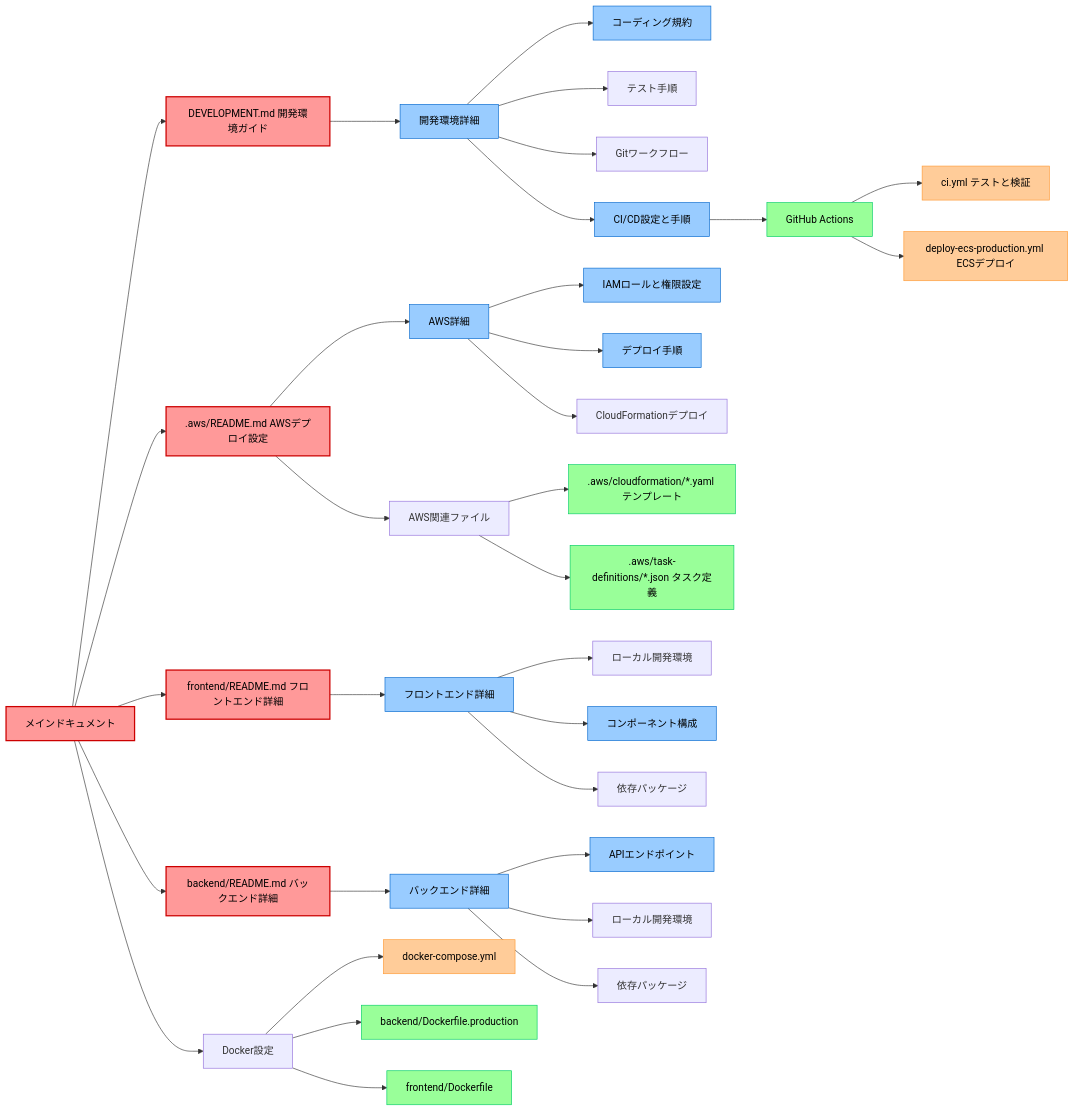
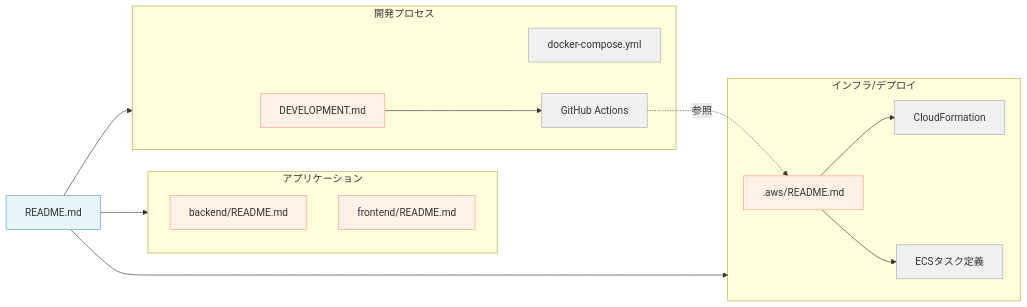
The diagram in README.md (taka-123/laravel_nuxt_postgre_template), drawn with Mermaid before and after one commit. The commit also changed other lines of this file and 3 other files, not shown here.

````diff
--- a/README.md
+++ b/README.md
@@ -16,62 +55,37 @@
 ```mermaid
 graph LR
-    %% 高コントラストの配色設定
-    classDef mainDoc fill:#FF9999,stroke:#CC0000,color:#000,stroke-width:2px;
-    classDef subDoc fill:#99CCFF,stroke:#0066CC,color:#000,stroke-width:1px;
-    classDef codeFile fill:#99FF99,stroke:#00CC66,color:#000,stroke-width:1px;
-    classDef configFile fill:#FFCC99,stroke:#FF9933,color:#000,stroke-width:1px;
-
-    %% メインドキュメント
-    MainDocs[メインドキュメント]
-    MainDocs --> Dev[DEVELOPMENT.md 開発環境ガイド]
-    MainDocs --> AWS[.aws/README.md AWSデプロイ設定]
-    MainDocs --> Frontend[frontend/README.md フロントエンド詳細]
-    MainDocs --> Backend[backend/README.md バックエンド詳細]
-
-    %% 開発環境系 - 上から下に展開
-    Dev --> DevDetails[開発環境詳細]
-    DevDetails --> CodeStd[コーディング規約]
-    DevDetails --> TestProc[テスト手順]
-    DevDetails --> GitFlow[Gitワークフロー]
-    DevDetails --> CI[CI/CD設定と手順]
-
-    %% CI/CD詳細
-    CI --> GitHub[GitHub Actions]
-    GitHub --> CI_YML[ci.yml テストと検証]
-    GitHub --> Deploy_YML[deploy-ecs-production.yml ECSデプロイ]
-
-    %% AWS系 - 上から下に展開
-    AWS --> AWSDetails[AWS詳細]
-    AWSDetails --> IAMDeploy[IAMロールと権限設定]
-    AWSDetails --> DeployProc[デプロイ手順]
-    AWSDetails --> CloudFormationDeploy[CloudFormationデプロイ]
-
-    %% AWS関連ファイル
-    AWS --> AWSFiles[AWS関連ファイル]
-    AWSFiles --> CFTemplate[.aws/cloudformation/*.yaml テンプレート]
-    AWSFiles --> TaskDef[.aws/task-definitions/*.json タスク定義]
-
-    %% フロントエンド系 - 上から下に展開
-    Frontend --> FrontendDetails[フロントエンド詳細]
-    FrontendDetails --> FrontDev[ローカル開発環境]
-    FrontendDetails --> FrontComp[コンポーネント構成]
-    FrontendDetails --> FrontDeps[依存パッケージ]
-
-    %% バックエンド系 - 上から下に展開
-    Backend --> BackendDetails[バックエンド詳細]
-    BackendDetails --> BackAPI[APIエンドポイント]
-    BackendDetails --> BackDev[ローカル開発環境]
-    BackendDetails --> BackDeps[依存パッケージ]
-
-    %% Docker設定 - 上から下に展開
-    MainDocs --> DockerConfig[Docker設定]
-    DockerConfig --> ComposeRoot[docker-compose.yml]
-    DockerConfig --> BackDocker[backend/Dockerfile.production]
-    DockerConfig --> FrontDocker[frontend/Dockerfile]
-
-    %% スタイル適用
-    class MainDocs,AWS,Backend,Frontend,Dev mainDoc;
-    class IAMDeploy,DeployProc,BackAPI,FrontComp,CodeStd,CI,DevDetails,AWSDetails,FrontendDetails,BackendDetails subDoc;
-    class CFTemplate,TaskDef,GitHub,BackDocker,FrontDocker codeFile;
-    class ComposeRoot,CI_YML,Deploy_YML configFile;
+    %% スタイル定義
+    classDef main fill:#e8f4fa,stroke:#5da2d5,color:#333
+    classDef sub fill:#fff1e6,stroke:#ff9f7f,color:#333
+    classDef code fill:#f0f0f0,stroke:#aaa,color:#333
+    
+    %% メイン文書
+    README[README.md]:::main
+    
+    %% アプリケーション
+    subgraph APP[アプリケーション]
+        BACKEND[backend/README.md]:::sub
+        FRONTEND[frontend/README.md]:::sub
+    end
+    
+    %% インフラとデプロイ
+    subgraph INFRA[インフラ/デプロイ]
+        AWS[.aws/README.md]:::sub
+        AWS --> CLOUDFORMATION[CloudFormation]:::code
+        AWS --> TASKDEF[ECSタスク定義]:::code
+    end
+    
+    %% 開発環境
+    subgraph DEV[開発プロセス]
+        DEVGUIDE[DEVELOPMENT.md]:::sub
+        DOCKER[docker-compose.yml]:::code
+        CICD[GitHub Actions]:::code
+    end
+    
+    %% 関連性
+    README --> APP
+    README --> INFRA
+    README --> DEV
+    DEVGUIDE --> CICD
+    CICD -.参照.-> AWS
 ```
````
